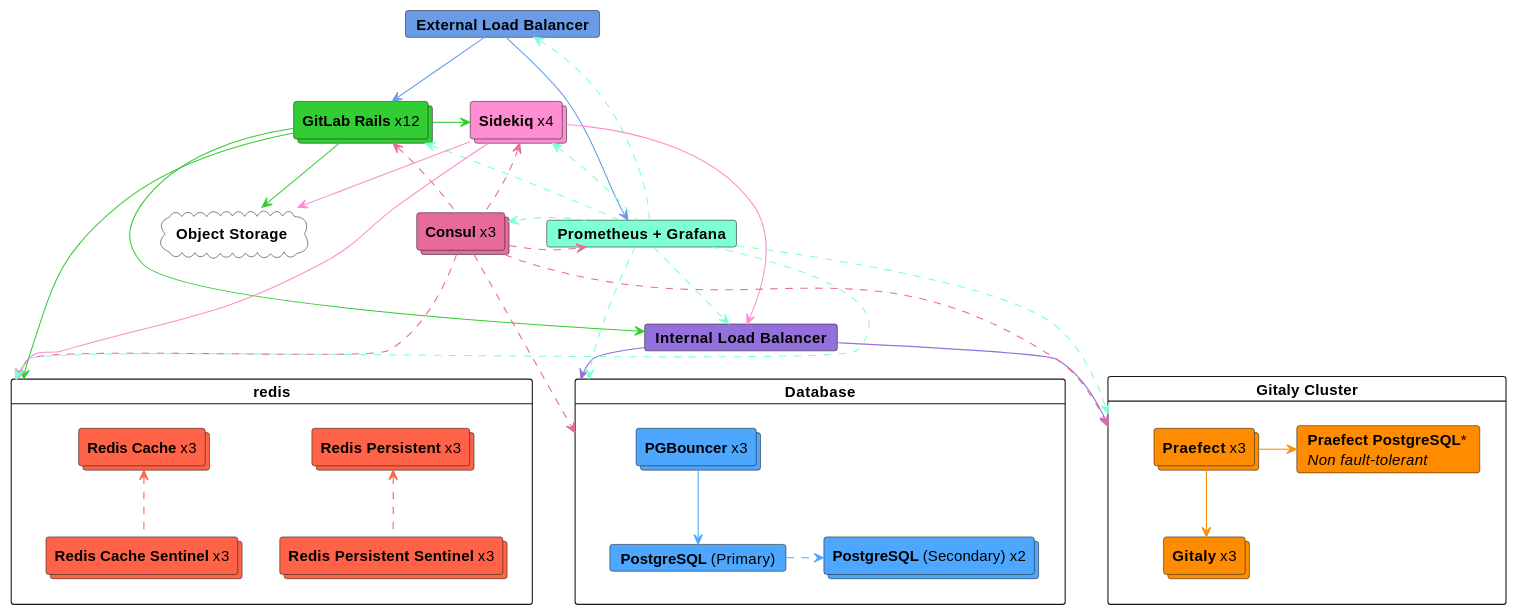
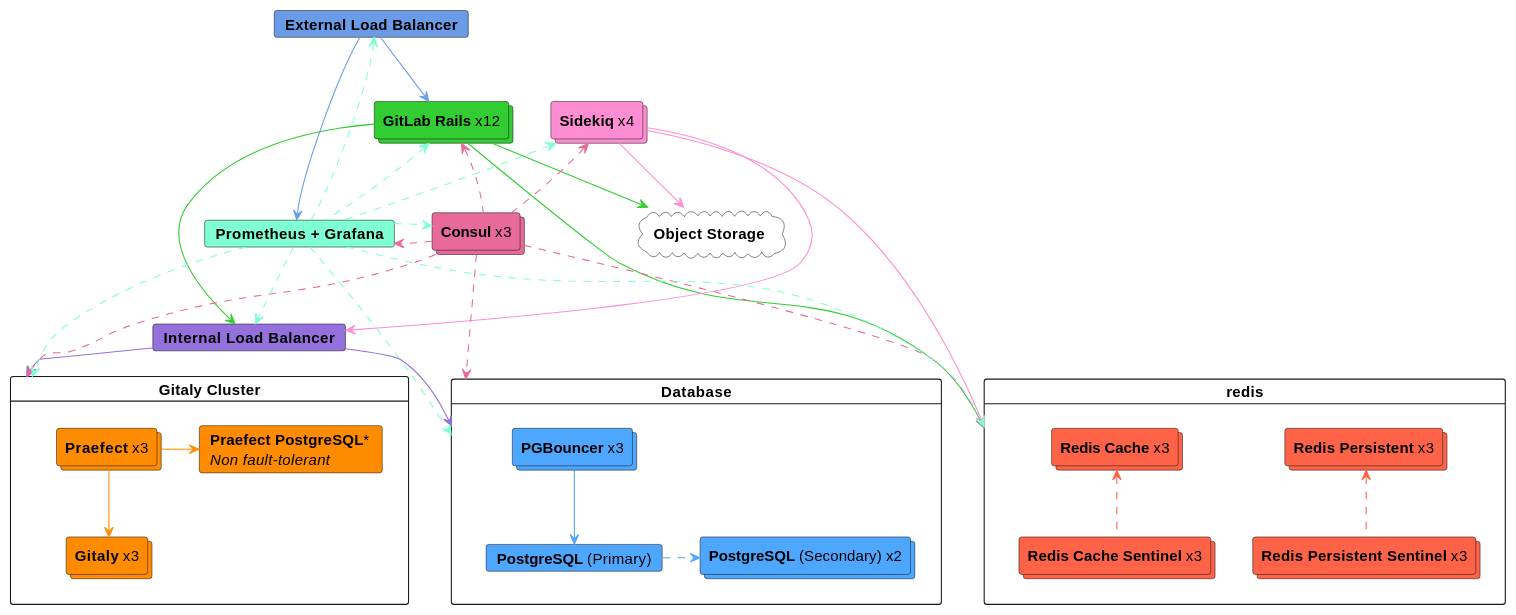
The first of 2 diagrams in doc/administration/reference_architectures/50k_users.md (diffblue/gitlab), drawn with PlantUML before and after one commit. The commit also changed other lines of this file and 4 other files, not shown here.

First line of the commit message:
Update RA diagrams with correct links

````diff
--- a/doc/administration/reference_architectures/50k_users.md
+++ b/doc/administration/reference_architectures/50k_users.md
@@ -49,82 +49,81 @@
 ```plantuml
 @startuml 50k
 card "**External Load Balancer**" as elb #6a9be7
 card "**Internal Load Balancer**" as ilb #9370DB
 
 together {
   collections "**GitLab Rails** x12" as gitlab #32CD32
   collections "**Sidekiq** x4" as sidekiq #ff8dd1
 }
 
 together {
   card "**Prometheus + Grafana**" as monitor #7FFFD4
   collections "**Consul** x3" as consul #e76a9b
 }
 
 card "Gitaly Cluster" as gitaly_cluster {
   collections "**Praefect** x3" as praefect #FF8C00
   collections "**Gitaly** x3" as gitaly #FF8C00
   card "**Praefect PostgreSQL***\n//Non fault-tolerant//" as praefect_postgres #FF8C00
 
   praefect -[#FF8C00]-> gitaly
   praefect -[#FF8C00]> praefect_postgres
 }
 
 card "Database" as database {
   collections "**PGBouncer** x3" as pgbouncer #4EA7FF
   card "**PostgreSQL** (Primary)" as postgres_primary #4EA7FF
   collections "**PostgreSQL** (Secondary) x2" as postgres_secondary #4EA7FF
 
   pgbouncer -[#4EA7FF]-> postgres_primary
   postgres_primary .[#4EA7FF]> postgres_secondary
 }
 
 card "redis" as redis {
   collections "**Redis Persistent** x3" as redis_persistent #FF6347
   collections "**Redis Cache** x3" as redis_cache #FF6347
   collections "**Redis Persistent Sentinel** x3" as redis_persistent_sentinel #FF6347
   collections "**Redis Cache Sentinel** x3"as redis_cache_sentinel #FF6347
 
   redis_persistent <.[#FF6347]- redis_persistent_sentinel
   redis_cache <.[#FF6347]- redis_cache_sentinel
 }
 
 cloud "**Object Storage**" as object_storage #white
 
 elb -[#6a9be7]-> gitlab
 elb -[#6a9be7]--> monitor
 
-gitlab -[#32CD32]> sidekiq
 gitlab -[#32CD32]--> ilb
 gitlab -[#32CD32]-> object_storage
 gitlab -[#32CD32]---> redis
 gitlab -[hidden]-> monitor
 gitlab -[hidden]-> consul
 
 sidekiq -[#ff8dd1]--> ilb
 sidekiq -[#ff8dd1]-> object_storage
 sidekiq -[#ff8dd1]---> redis
 sidekiq -[hidden]-> monitor
 sidekiq -[hidden]-> consul
 
 ilb -[#9370DB]-> gitaly_cluster
 ilb -[#9370DB]-> database
 
 consul .[#e76a9b]u-> gitlab
 consul .[#e76a9b]u-> sidekiq
 consul .[#e76a9b]> monitor
 consul .[#e76a9b]-> database
 consul .[#e76a9b]-> gitaly_cluster
 consul .[#e76a9b,norank]--> redis
 
 monitor .[#7FFFD4]u-> gitlab
 monitor .[#7FFFD4]u-> sidekiq
 monitor .[#7FFFD4]> consul
 monitor .[#7FFFD4]-> database
 monitor .[#7FFFD4]-> gitaly_cluster
 monitor .[#7FFFD4,norank]--> redis
 monitor .[#7FFFD4]> ilb
 monitor .[#7FFFD4,norank]u--> elb
 
 @enduml
 ```
````
